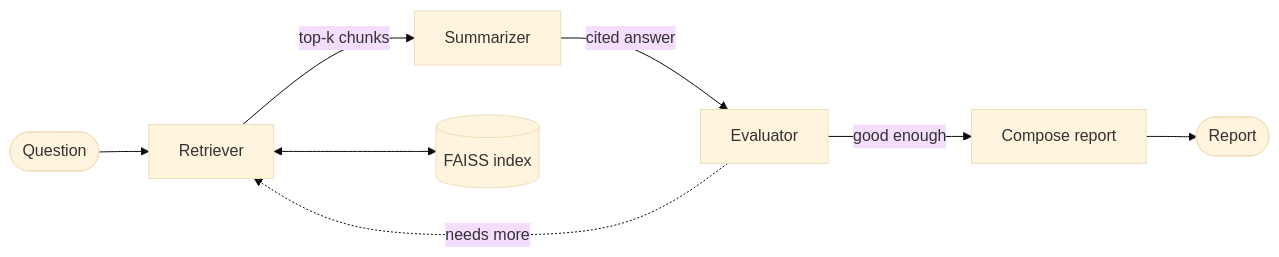
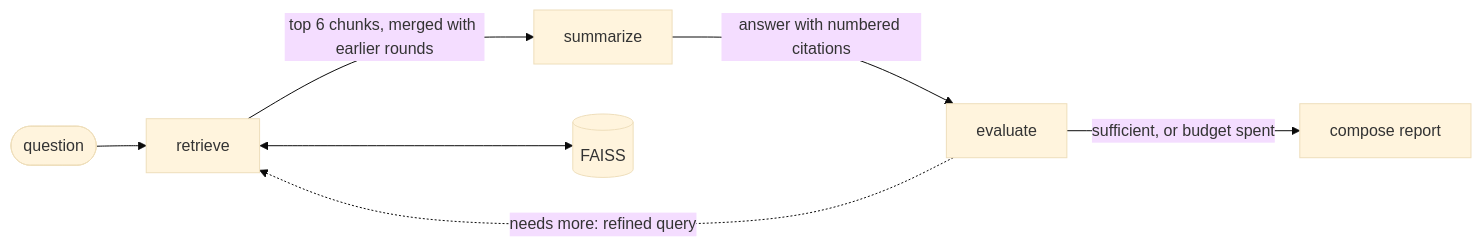
Before and after one commit to bharathkumardev1/Agentic-Research-Assistant: the diagram in README.md, drawn with Mermaid (base theme). The commit also changed other lines of this file and 11 other files, not shown here.

First line of the commit message:
Evaluator checks claims against the full cited passages; README rewritten

````diff
--- a/README.md
+++ b/README.md
@@ -51,10 +27,9 @@
 ```mermaid
 flowchart LR
-    Q([Question]) --> R[Retriever]
-    R -->|top-k chunks| S[Summarizer]
-    S -->|cited answer| E[Evaluator]
-    E -->|good enough| C[Compose report]
-    E -.->|needs more| R
-    C --> OUT([Report])
-    R <--> VS[(FAISS index)]
+    Q([question]) --> R[retrieve]
+    R -->|top 6 chunks, merged with earlier rounds| S[summarize]
+    S -->|answer with numbered citations| E[evaluate]
+    E -->|sufficient, or budget spent| C[compose report]
+    E -.->|needs more: refined query| R
+    R <--> VS[(FAISS)]
 ```
````
